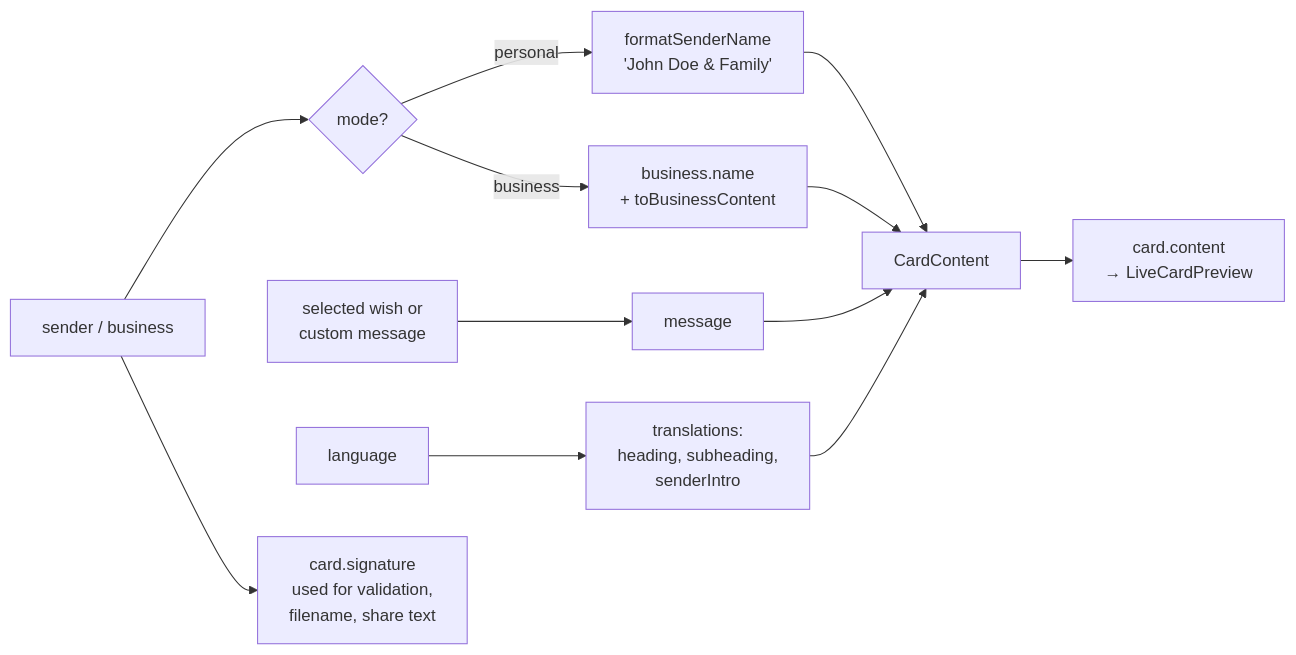
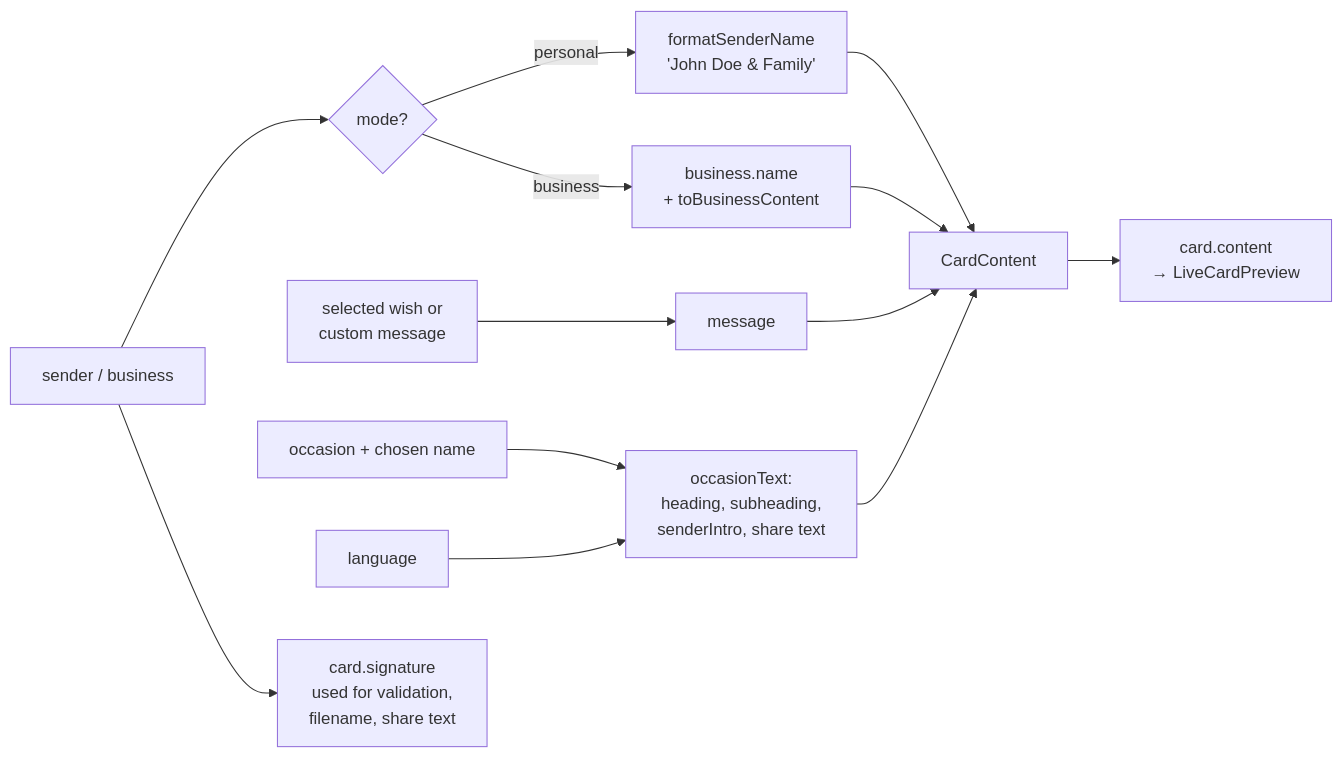
Before and after one commit to saurabhamrutkar07/festive-card-studio: the first of 8 diagrams in docs/03-low-level-design.md, drawn with Mermaid. The commit also changed other lines of this file and 27 other files, not shown here.

````diff
--- a/docs/03-low-level-design.md
+++ b/docs/03-low-level-design.md
@@ -67,14 +73,15 @@
 ```mermaid
 flowchart LR
     S[sender / business] --> N{mode?}
     N -->|personal| F1[formatSenderName<br/>'John Doe & Family']
     N -->|business| F2[business.name<br/>+ toBusinessContent]
     W[selected wish or<br/>custom message] --> M[message]
-    L[language] --> TR[translations:<br/>heading, subheading,<br/>senderIntro]
+    O[occasion + chosen name] --> TR
+    L[language] --> TR[occasionText:<br/>heading, subheading,<br/>senderIntro, share text]
     F1 --> C[CardContent]
     F2 --> C
     M --> C
     TR --> C
     C --> OUT[card.content<br/>→ LiveCardPreview]
     S --> SIG[card.signature<br/>used for validation,<br/>filename, share text]
 ```
````
